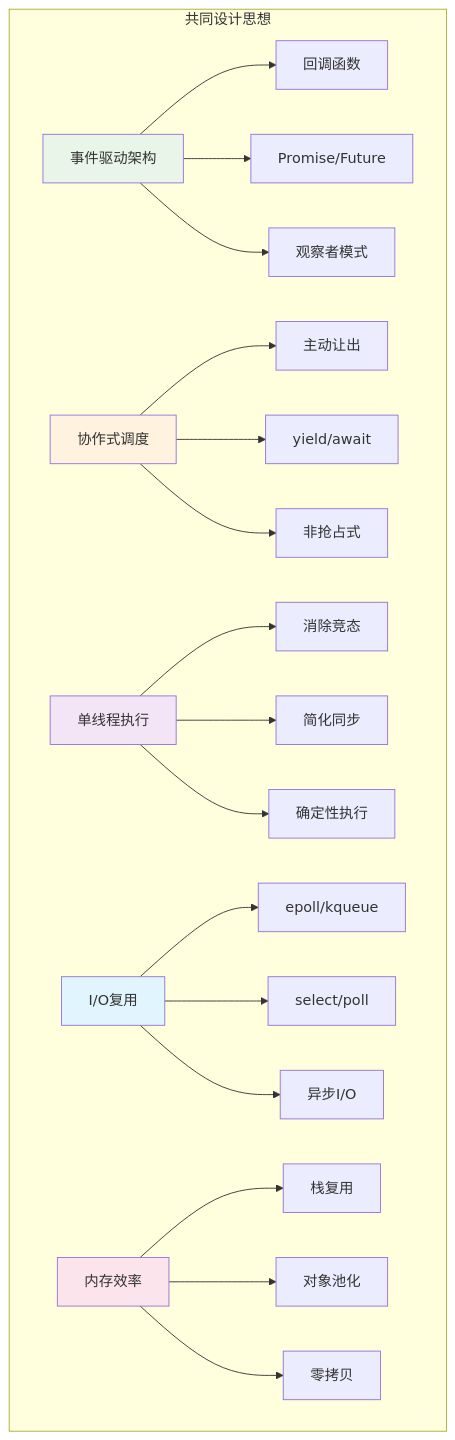
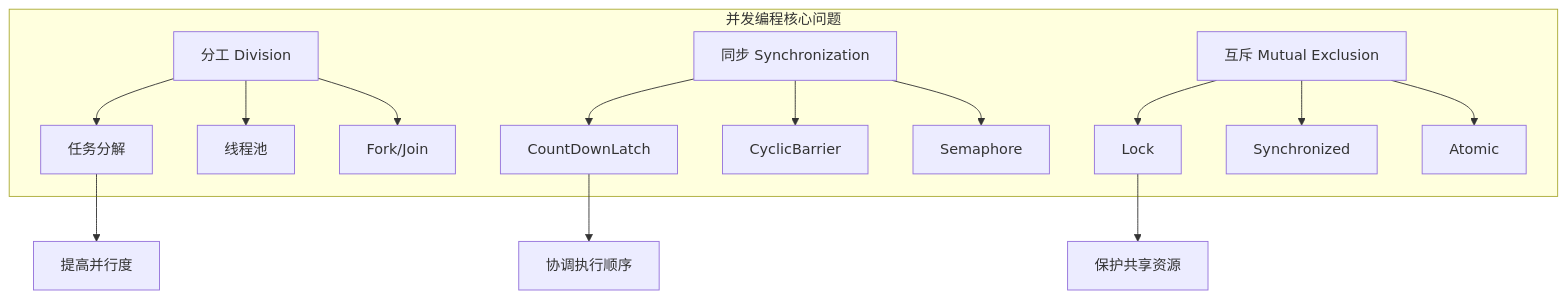
The eighth of 19 diagrams in 00.通用技术的提升/README.md (chongyang211/YCBookBlog), drawn with Mermaid before and after one commit. The commit also changed other lines of this file, not shown here.

````diff
--- a/00.通用技术的提升/README.md
+++ b/00.通用技术的提升/README.md
@@ -654,30 +400,20 @@
 ```mermaid
 graph TB
-    subgraph "共同设计思想"
-        A[事件驱动架构] --> A1[回调函数]
-        A --> A2[Promise/Future]
-        A --> A3[观察者模式]
+    subgraph "并发编程核心问题"
+        A[分工 Division] --> A1[任务分解]
+        A --> A2[线程池]
+        A --> A3[Fork/Join]
         
-        B[协作式调度] --> B1[主动让出]
-        B --> B2[yield/await]
-        B --> B3[非抢占式]
+        B[同步 Synchronization] --> B1[CountDownLatch]
+        B --> B2[CyclicBarrier]
+        B --> B3[Semaphore]
         
-        C[单线程执行] --> C1[消除竞态]
-        C --> C2[简化同步]
-        C --> C3[确定性执行]
-        
-        D[I/O复用] --> D1[epoll/kqueue]
-        D --> D2[select/poll]
-        D --> D3[异步I/O]
-        
-        E[内存效率] --> E1[栈复用]
-        E --> E2[对象池化]
-        E --> E3[零拷贝]
+        C[互斥 Mutual Exclusion] --> C1[Lock]
+        C --> C2[Synchronized]
+        C --> C3[Atomic]
     end
     
-    style A fill:#e8f5e8
-    style B fill:#fff3e0
-    style C fill:#f3e5f5
-    style D fill:#e1f5fe
-    style E fill:#fce4ec
+    A1 --> D[提高并行度]
+    B1 --> E[协调执行顺序]
+    C1 --> F[保护共享资源]
 ```
````
